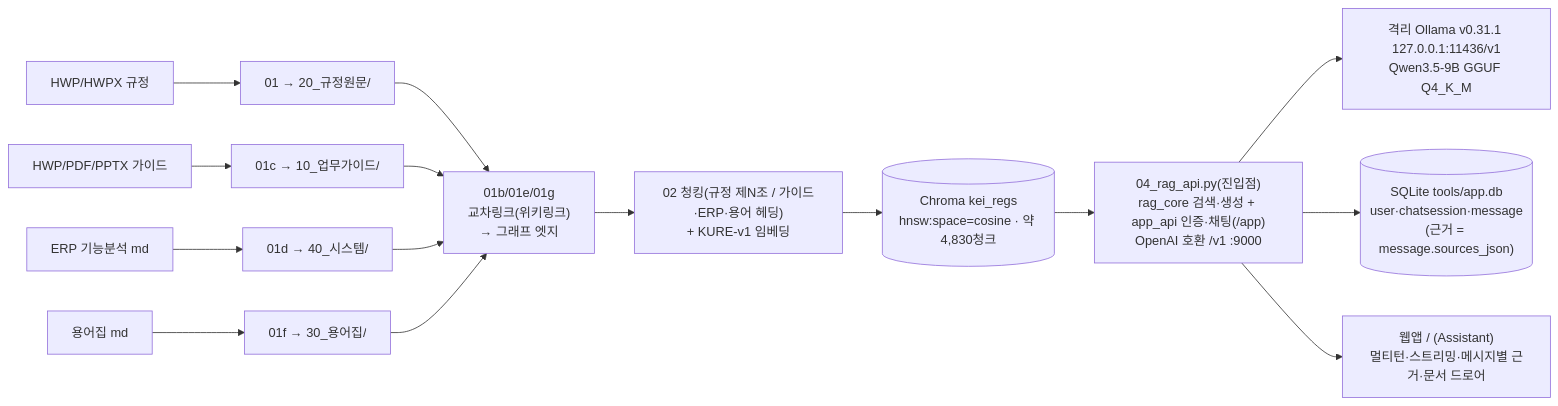
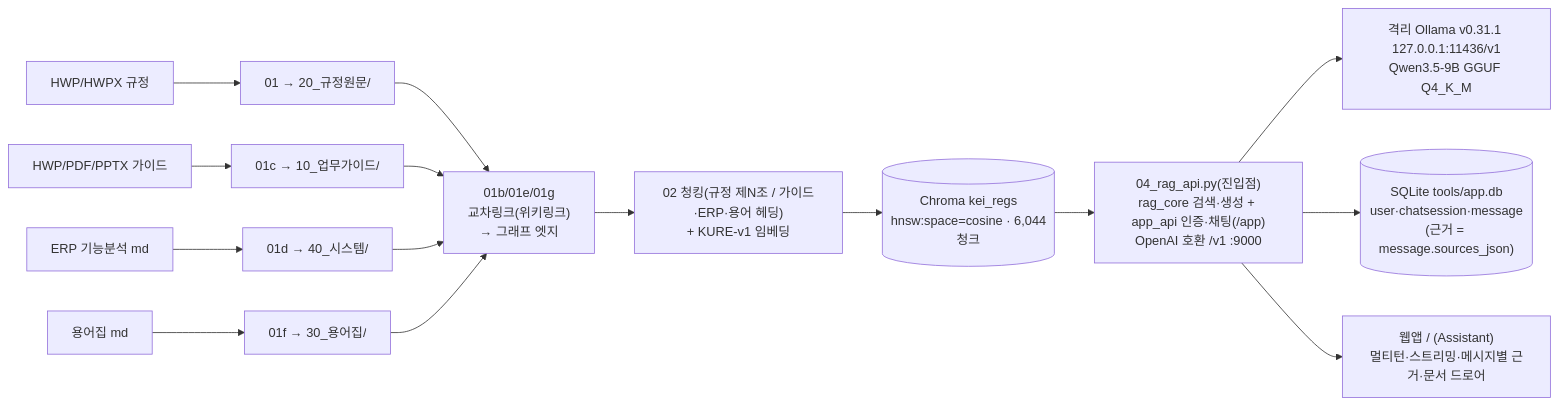
The second of 3 diagrams in README.md (mooner92/KEIAdminSuperv), drawn with Mermaid before and after one commit. The commit also changed other lines of this file and 7 other files, not shown here.

````diff
--- a/README.md
+++ b/README.md
@@ -334,17 +339,17 @@
 ```mermaid
 flowchart LR
     HWP["HWP/HWPX 규정"] --> S01["01 → 20_규정원문/"]
     GD["HWP/PDF/PPTX 가이드"] --> S1C["01c → 10_업무가이드/"]
     ERP["ERP 기능분석 md"] --> S1D["01d → 40_시스템/"]
     TRM["용어집 md"] --> S1F["01f → 30_용어집/"]
     S01 --> XL["01b/01e/01g<br/>교차링크(위키링크)<br/>→ 그래프 엣지"]
     S1C --> XL
     S1D --> XL
     S1F --> XL
     XL --> S02["02 청킹(규정 제N조 / 가이드·ERP·용어 헤딩)<br/>+ KURE-v1 임베딩"]
-    S02 --> Chroma[("Chroma kei_regs<br/>hnsw:space=cosine · 약 4,830청크")]
+    S02 --> Chroma[("Chroma kei_regs<br/>hnsw:space=cosine · 6,044청크")]
     Chroma --> S04["04_rag_api.py(진입점)<br/>rag_core 검색·생성 + app_api 인증·채팅(/app)<br/>OpenAI 호환 /v1 :9000"]
     S04 --> Ollama["격리 Ollama v0.31.1 127.0.0.1:11436/v1<br/>Qwen3.5-9B GGUF Q4_K_M"]
     S04 --> DB[("SQLite tools/app.db<br/>user·chatsession·message<br/>(근거 = message.sources_json)")]
     S04 --> Chat["웹앱 / (Assistant)<br/>멀티턴·스트리밍·메시지별 근거·문서 드로어"]
 ```
````
